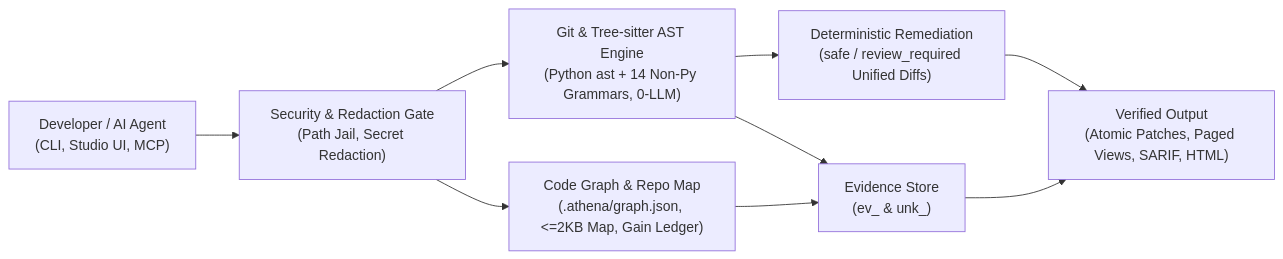
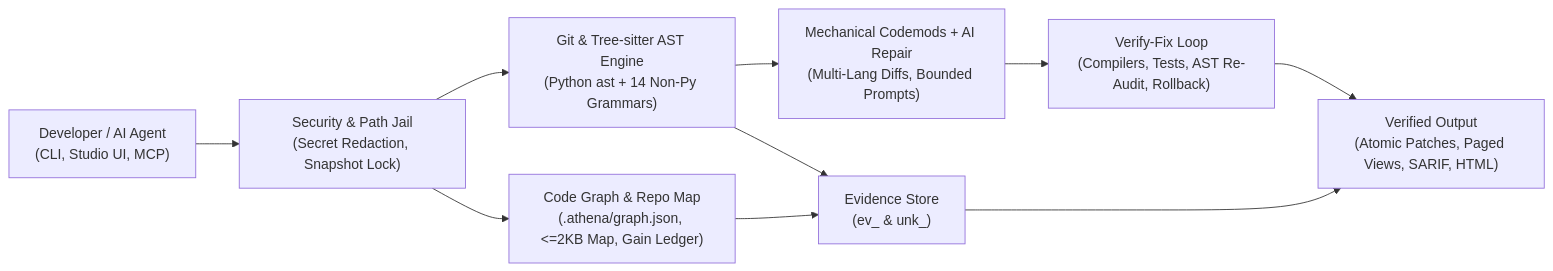
Before and after one commit to aaryanrwt/athena: the diagram in README.md, drawn with Mermaid. The commit also changed other lines of this file and 25 other files, not shown here.

Commit message:
release: v1.4.0 Athena + AI closed-loop repair, multi-language codemods, and verify-fix engine

````diff
--- a/README.md
+++ b/README.md
@@ -97,11 +104,12 @@
 ```mermaid
 flowchart LR
-    User["Developer / AI Agent\n(CLI, Studio UI, MCP)"] --> Gate["Security & Redaction Gate\n(Path Jail, Secret Redaction)"]
-    Gate --> Git["Git & Tree-sitter AST Engine\n(Python ast + 14 Non-Py Grammars, 0-LLM)"]
+    User["Developer / AI Agent\n(CLI, Studio UI, MCP)"] --> Gate["Security & Path Jail\n(Secret Redaction, Snapshot Lock)"]
+    Gate --> Git["Git & Tree-sitter AST Engine\n(Python ast + 14 Non-Py Grammars)"]
     Gate --> Graph["Code Graph & Repo Map\n(.athena/graph.json, <=2KB Map, Gain Ledger)"]
-    Git --> Fix["Deterministic Remediation\n(safe / review_required Unified Diffs)"]
+    Git --> Fix["Mechanical Codemods + AI Repair\n(Multi-Lang Diffs, Bounded Prompts)"]
     Git --> Evidence["Evidence Store\n(ev_<sha256> & unk_<sha256>)"]
     Graph --> Evidence
-    Fix --> Output["Verified Output\n(Atomic Patches, Paged Views, SARIF, HTML)"]
+    Fix --> Verify["Verify-Fix Loop\n(Compilers, Tests, AST Re-Audit, Rollback)"]
+    Verify --> Output["Verified Output\n(Atomic Patches, Paged Views, SARIF, HTML)"]
     Evidence --> Output
 ```
````
